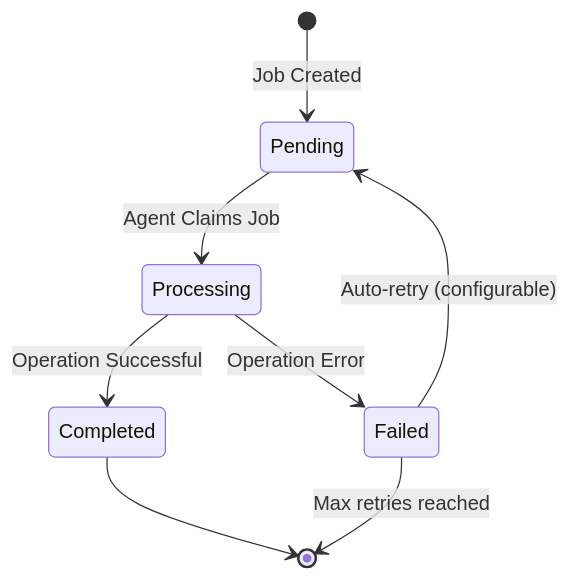
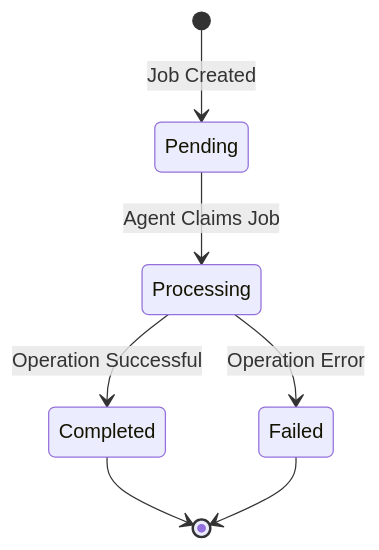
One commit to fulcrumproject/core changed the sixth of 9 diagrams in docs/DESIGN.md. Above: the diagram before and after it, drawn with Mermaid. The commit also changed other lines of this file and 2 other files, not shown here.

First line of the commit message:
docs: update documentation to reflect failed job behavior change

````diff
--- a/docs/DESIGN.md
+++ b/docs/DESIGN.md
@@ -704,10 +704,9 @@
 ```mermaid
 stateDiagram-v2
     [*] --> Pending: Job Created
     Pending --> Processing: Agent Claims Job
     Processing --> Completed: Operation Successful
     Processing --> Failed: Operation Error
     Completed --> [*]
-    Failed --> Pending: Auto-retry (configurable)
-    Failed --> [*]: Max retries reached
+    Failed --> [*]
 ```
````
